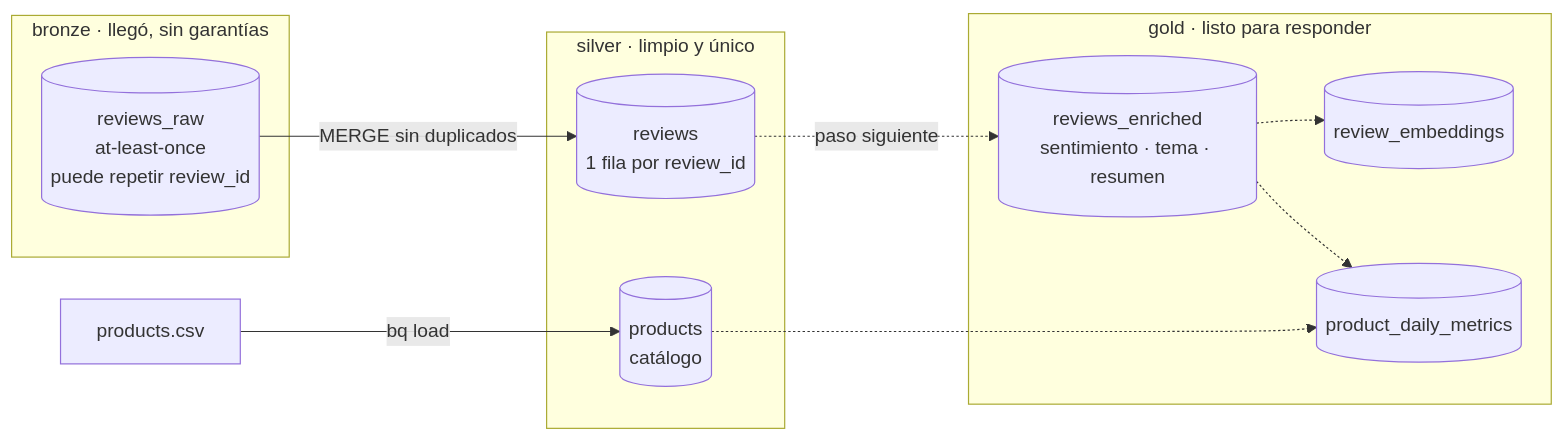
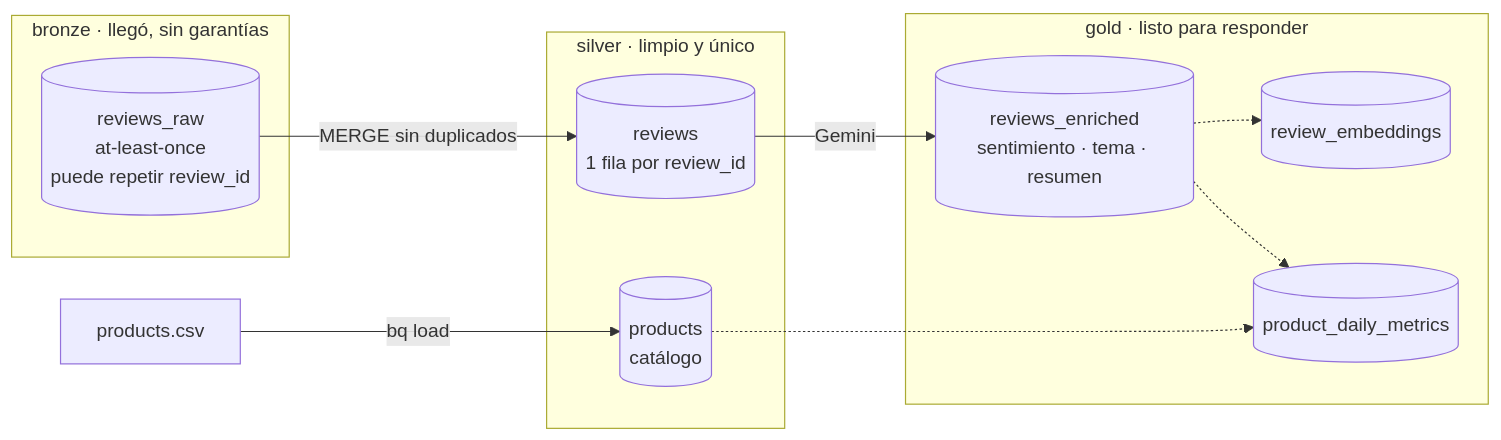
Before and after one commit to Danzstorm/review-pulse-gcp: the first of 4 diagrams in docs/guia/06-capas-de-datos.md, drawn with Mermaid. The commit also changed other lines of this file and 2 other files, not shown here.

Commit message:
docs: document the Gemini enrichment and the prompt findings

````diff
--- a/docs/guia/06-capas-de-datos.md
+++ b/docs/guia/06-capas-de-datos.md
@@ -7,21 +7,21 @@
 ```mermaid
 flowchart LR
     subgraph B[bronze · llegó, sin garantías]
         BR[(reviews_raw<br/>at-least-once<br/>puede repetir review_id)]
     end
     subgraph S[silver · limpio y único]
         SR[(reviews<br/>1 fila por review_id)]
         SP[(products<br/>catálogo)]
     end
     subgraph G[gold · listo para responder]
         GE[(reviews_enriched<br/>sentimiento · tema · resumen)]
         GV[(review_embeddings)]
         GM[(product_daily_metrics)]
     end
     BR -->|MERGE sin duplicados| SR
     CSV[products.csv] -->|bq load| SP
-    SR -.->|paso siguiente| GE
+    SR -->|Gemini| GE
     GE -.-> GV
     GE -.-> GM
     SP -.-> GM
 ```
````
